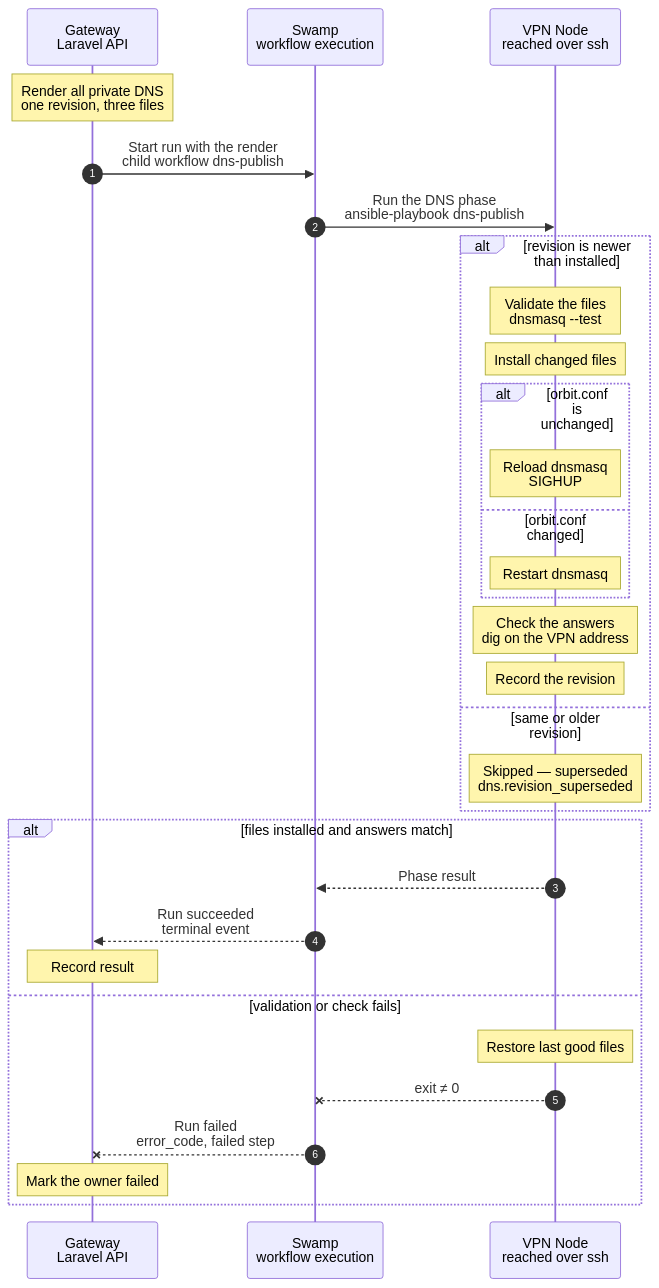
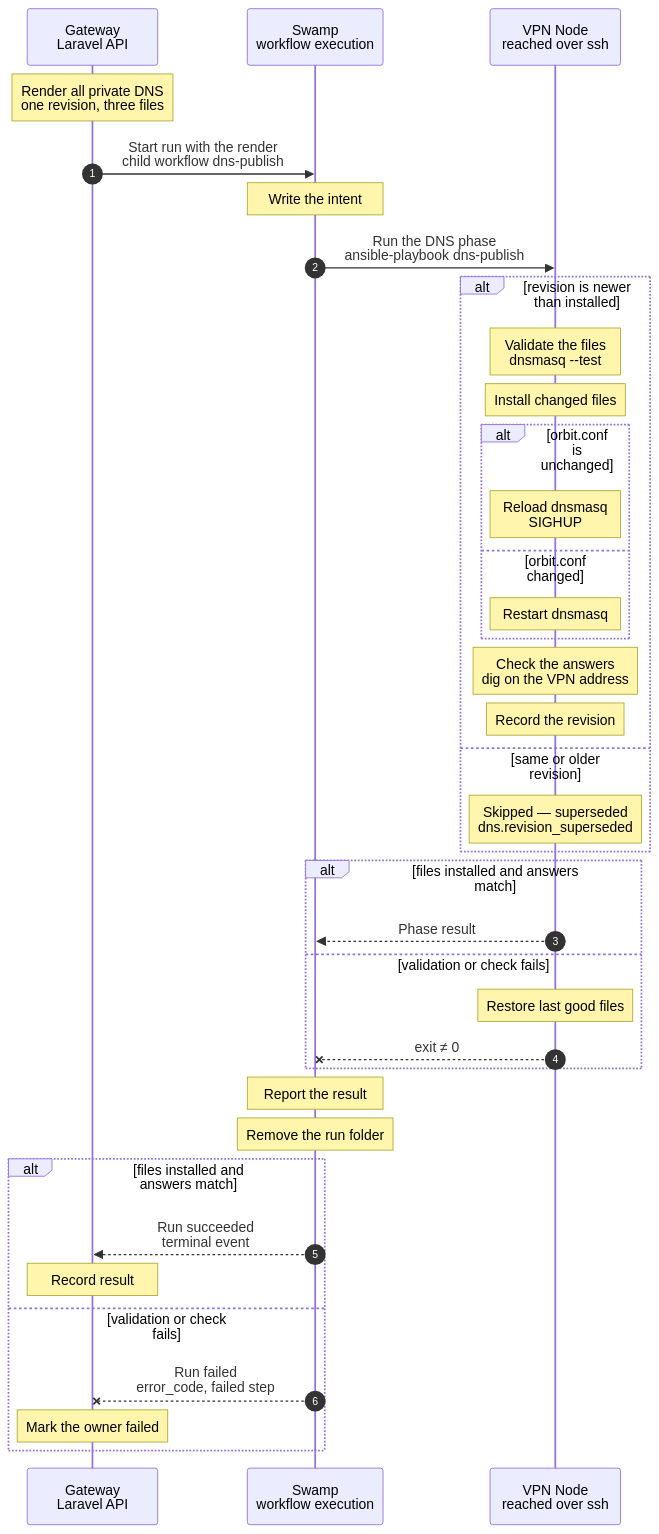
Before and after one commit to hardimpactdev/orbit: the diagram in docs/cli/dns/publish.mmd, drawn with Mermaid. The commit also changed 6 other files, not shown here.

First line of the commit message:
fix(dns): keep publishing after a failed holder, to every vpn Node; skip an equal prepared state; chart matches the workflow steps

```diff
--- a/docs/cli/dns/publish.mmd
+++ b/docs/cli/dns/publish.mmd
@@ -1,100 +1,115 @@
 sequenceDiagram
   %% Target design (ADR 0248, option A chosen 2026-11-07): every publication renders the complete private DNS from the Gateway database, and one Ansible phase writes one dnsmasq configuration on the vpn Node. Shared by Route, Node, Cluster and role kinds.
   %% status: reviewed
   %% command: none · shared step of Route, Node, Cluster and role kinds
   %% kind: dns.publish
   autonumber
   %% lane GW icon=gateway pill=intent tone=blue
   %% lane SW icon=workflow pill=executes tone=green
   %% lane N icon=server pill=target tone=amber
   participant GW as Gateway<br/>Laravel API
   participant SW as Swamp<br/>workflow execution
   participant N as VPN Node<br/>reached over ssh
   Note over GW: Render all private DNS<br/>one revision, three files
   %%> What it does:
   %%> - reads every Route, Node, Cluster and role holder from the database
   %%> - renders the complete state, never a piece of it
   %%> - takes the revision in the same transaction that reads the rows
   %%> Result:
   %%> - `orbit.conf`, `orbit.hosts` and `orbit.servers` as text, and the revision
   %%> Why:
   %%> - each publication is a whole state, so two parallel publications cannot lose each other's change
   %%> - every caller gets the same answer
   GW->>SW: Start run with the render<br/>child workflow dns-publish
   %%> What it does:
   %%> - the owning kind (Route, Node, Cluster or role change) starts this step in its own run
   %%> Inputs:
-  %%> - the three files and the revision
+  %%> - the render (TLDs, records, listen address) and the revision
   %%> - the address and SSH host keys of the VPN Node
+  Note over SW: Write the intent
+  %%> What it does:
+  %%> - writes the render and the connection of the Node to a 0600 file in the run folder, and ships the playbook
   SW->>N: Run the DNS phase<br/>ansible-playbook dns-publish
   %%> How:
   %%> - one Ansible phase reads, changes and checks the Node in one run
   %%> - a Swamp worker reaches the Node over SSH
   %%> - the phase holds the Node's dnsmasq lock from the first read to the last write
   alt revision is newer than installed
     %% path: newer-revision
     Note over N: Validate the files<br/>dnsmasq --test
     %%> What it does:
     %%> - checks the new files in a temporary folder before anything is replaced
     %%> On failure:
     %%> - nothing is installed and the phase fails with `dns.config_invalid`
     Note over N: Install changed files
     %%> What it does:
     %%> - saves the installed files as the last good set, then replaces only the files whose content changed, each in one rename
     alt orbit.conf is unchanged
       %% path: reload
       Note over N: Reload dnsmasq<br/>SIGHUP
       %%> Why:
       %%> - dnsmasq reads the hosts and servers files again on SIGHUP, so an exact Route change drops no query
       %%> - unchanged means equal to the copy dnsmasq last started with
     else orbit.conf changed
       %% path: restart
       Note over N: Restart dnsmasq
       %%> When:
       %%> - a TLD is added, changed or removed; dnsmasq reads `orbit.conf` only at start
       %%> - also when an earlier restart failed after the file was installed
     end
     Note over N: Check the answers<br/>dig on the VPN address
     %%> What it does:
     %%> - asks the running dnsmasq for the reserved names and one name per TLD
     %%> - for each exact Route: the A answer, AAAA gives NODATA, and a child name is forwarded
     %%> - fails the phase when an answer differs from the render
     Note over N: Record the revision
     %%> What it does:
     %%> - writes `orbit.revision` last, so a failed run leaves the old revision and a rerun repairs it
   else same or older revision
     %% path: superseded
     Note over N: Skipped — superseded<br/>dns.revision_superseded
     %%> Result:
     %%> - a newer publication already wrote a state that includes this change
     %%> - the files stay as they are and the phase still succeeds
   end
   alt files installed and answers match
     %% path: succeeded
     N-->>SW: Phase result
     %%> Returns:
     %%> - the installed revision and whether dnsmasq reloaded, restarted or stayed
-    SW-->>GW: Run succeeded<br/>terminal event
-    %%> How the Gateway learns it:
-    %%> - its shared run reader sees the terminal event; Swamp never calls the Gateway
-    Note over GW: Record result
-    %%> Result:
-    %%> - the owning kind continues with its next step
   else validation or check fails
     %% path: failed
     Note over N: Restore last good files
     %%> What it does:
     %%> - runs only when the check failed after the install; puts the last good files back and reloads or restarts dnsmasq
     %%> - a `dns.config_invalid` refusal installed nothing, so there is nothing to restore
     N--xSW: exit ≠ 0
     %%> When:
     %%> - dnsmasq refuses the files (`dns.config_invalid`), SSH fails, or an answer differs from the render (`dns.check_failed`)
+    %%> On the Node:
+    %%> - the phase restores the last good files and reloads or restarts dnsmasq; a rerun renders and writes the whole state again
+  end
+  Note over SW: Report the result
+  %%> What it does:
+  %%> - prints the phase's `result.json` (`{revision, dnsmasq}`, or `{error_code}`), also after a failed phase
+  %%> - this is the terminal step the Gateway reads
+  Note over SW: Remove the run folder
+  %%> What it does:
+  %%> - deletes the intent and the shipped playbook, whatever happened
+  alt files installed and answers match
+    %% path: recorded
+    SW-->>GW: Run succeeded<br/>terminal event
+    %%> How the Gateway learns it:
+    %%> - its shared run reader sees the terminal event; Swamp never calls the Gateway
+    Note over GW: Record result
+    %%> Result:
+    %%> - the owning kind continues with its next step
+  else validation or check fails
+    %% path: refused
     SW--xGW: Run failed<br/>error_code, failed step
     %%> The Gateway reads:
-    %%> - which step failed and its error code
+    %%> - which step failed and the `error_code` that Report the result printed
     Note over GW: Mark the owner failed
-    %%> On the Node:
-    %%> - the phase restores the last good files and reloads or restarts dnsmasq; a rerun renders and writes the whole state again
     %%> Retry:
     %%> - run the owning command again after fixing the cause
   end
```
